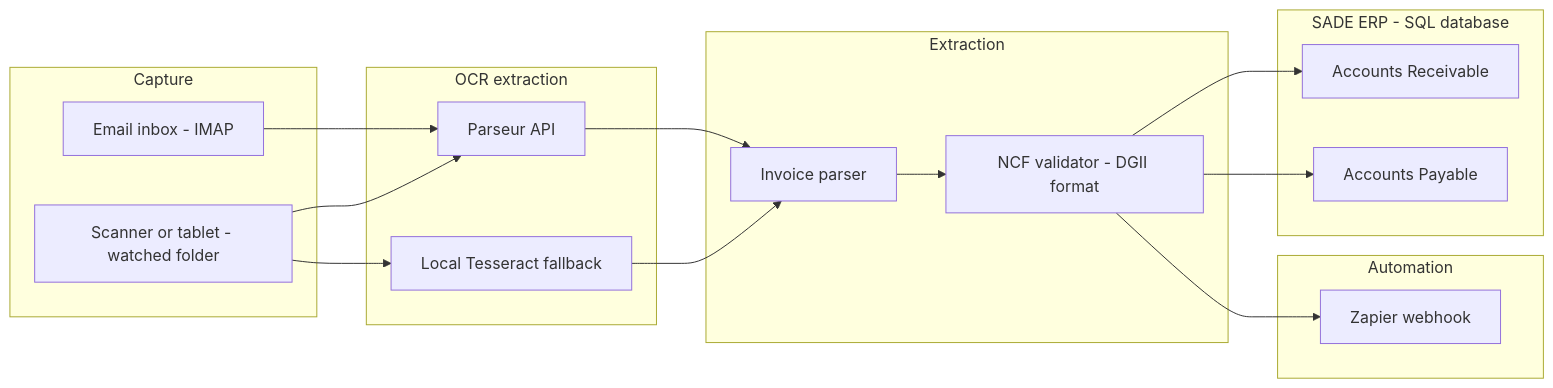
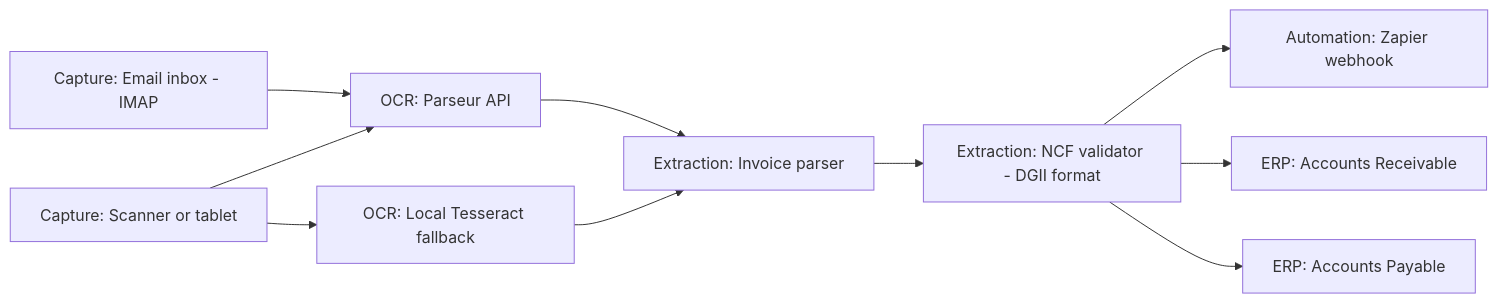
The diagram in README.md (MrBoyard7/invoice-ocr-erp-automation-agent), drawn with Mermaid before and after one commit. The commit also changed 1 other file, not shown here.

Commit message:
Fix Mermaid rendering: remove subgraphs entirely (flat flowchart)

````diff
--- a/README.md
+++ b/README.md
@@ -77,36 +77,22 @@
 ```mermaid
 flowchart LR
-    subgraph Capture[Capture]
-        A1[Email inbox - IMAP]
-        A2[Scanner or tablet - watched folder]
-    end
-
-    subgraph OCR[OCR extraction]
-        B1[Parseur API]
-        B2[Local Tesseract fallback]
-    end
-
-    subgraph Extraction[Extraction]
-        C1[Invoice parser]
-        C2[NCF validator - DGII format]
-    end
-
-    subgraph Automation[Automation]
-        D1[Zapier webhook]
-    end
-
-    subgraph ERP[SADE ERP - SQL database]
-        E1[Accounts Receivable]
-        E2[Accounts Payable]
-    end
+    A1[Capture: Email inbox - IMAP]
+    A2[Capture: Scanner or tablet]
+    B1[OCR: Parseur API]
+    B2[OCR: Local Tesseract fallback]
+    C1[Extraction: Invoice parser]
+    C2[Extraction: NCF validator - DGII format]
+    D1[Automation: Zapier webhook]
+    E1[ERP: Accounts Receivable]
+    E2[ERP: Accounts Payable]
 
     A1 --> B1
     A2 --> B1
     A2 --> B2
     B1 --> C1
     B2 --> C1
     C1 --> C2
     C2 --> D1
     C2 --> E1
     C2 --> E2
 ```
````
